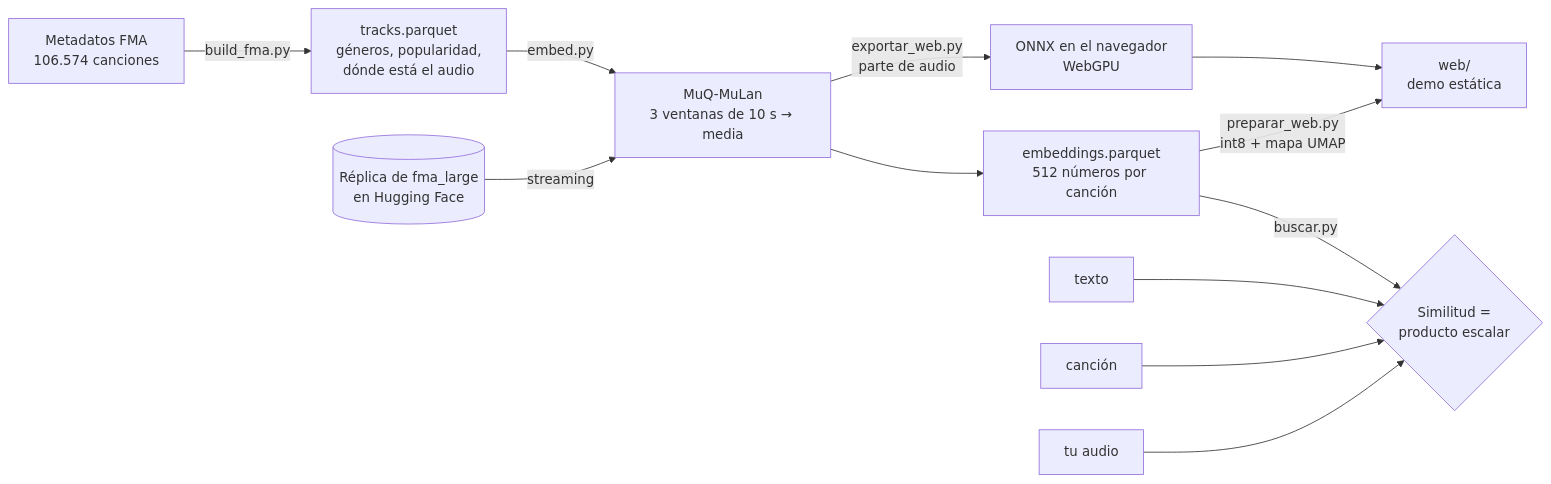
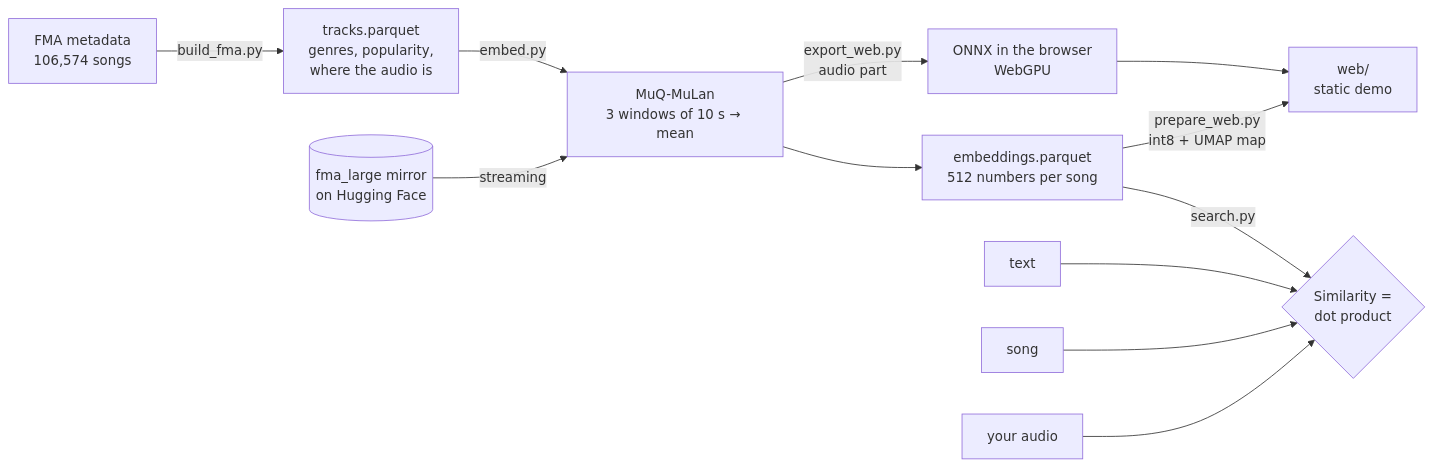
The diagram in README.md (PGSCOM/music-similarity), drawn with Mermaid before and after one commit. The commit also changed other lines of this file and 16 other files, not shown here.

````diff
--- a/README.md
+++ b/README.md
@@ -15,14 +15,14 @@
 ```mermaid
 flowchart LR
-    A[Metadatos FMA<br/>106.574 canciones] -->|build_fma.py| B[tracks.parquet<br/>géneros, popularidad,<br/>dónde está el audio]
-    M[(Réplica de fma_large<br/>en Hugging Face)] -->|streaming| E
-    B -->|embed.py| E[MuQ-MuLan<br/>3 ventanas de 10 s → media]
-    E --> V[embeddings.parquet<br/>512 números por canción]
-    V -->|buscar.py| S{Similitud =<br/>producto escalar}
-    V -->|preparar_web.py<br/>int8 + mapa UMAP| W[web/<br/>demo estática]
-    E -->|exportar_web.py<br/>parte de audio| O[ONNX en el navegador<br/>WebGPU]
+    A[FMA metadata<br/>106,574 songs] -->|build_fma.py| B[tracks.parquet<br/>genres, popularity,<br/>where the audio is]
+    M[(fma_large mirror<br/>on Hugging Face)] -->|streaming| E
+    B -->|embed.py| E[MuQ-MuLan<br/>3 windows of 10 s → mean]
+    E --> V[embeddings.parquet<br/>512 numbers per song]
+    V -->|search.py| S{Similarity =<br/>dot product}
+    V -->|prepare_web.py<br/>int8 + UMAP map| W[web/<br/>static demo]
+    E -->|export_web.py<br/>audio part| O[ONNX in the browser<br/>WebGPU]
     O --> W
-    Q1[texto] --> S
-    Q2[canción] --> S
-    Q3[tu audio] --> S
+    Q1[text] --> S
+    Q2[song] --> S
+    Q3[your audio] --> S
 ```
````
